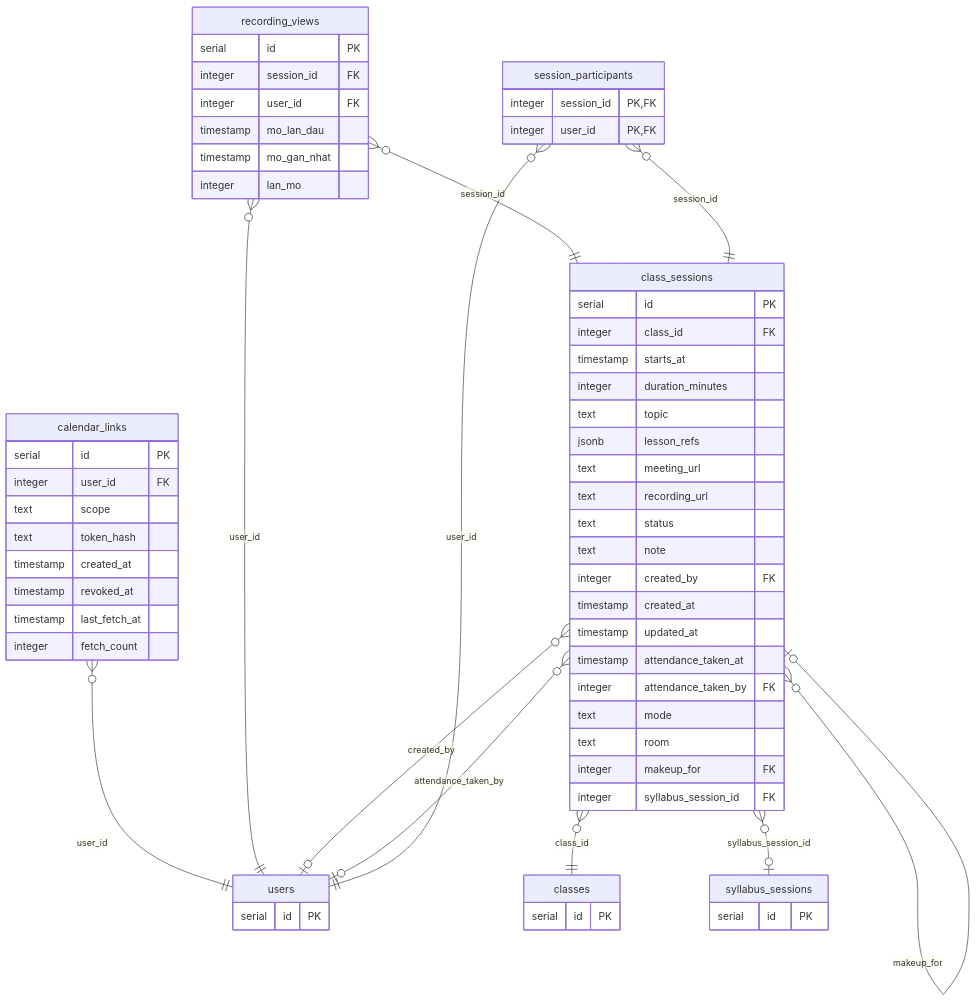
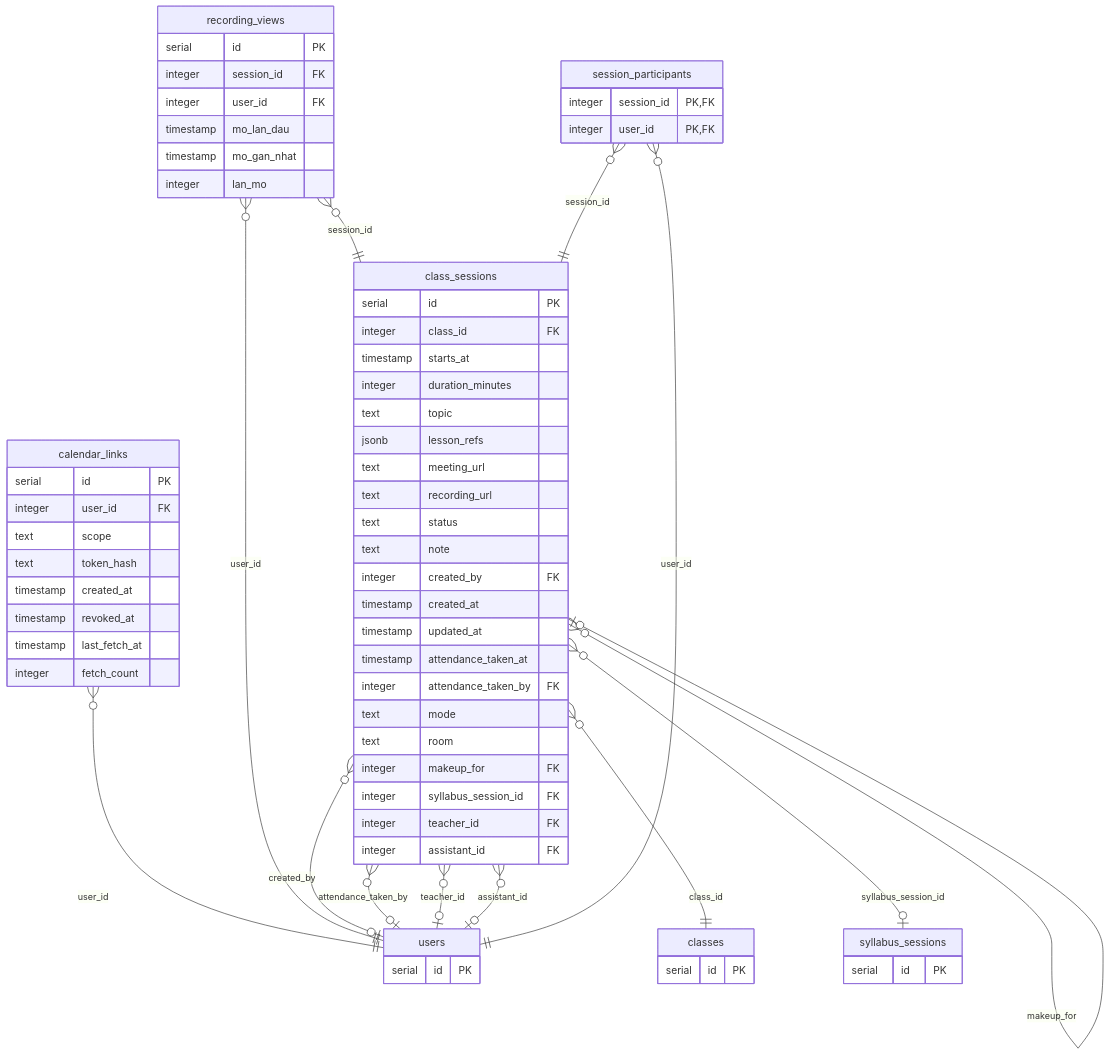
Before and after one commit to PCBoiz/PE_hsa: the second of 13 diagrams in docs/CAU_TRUC_DU_LIEU.md, drawn with Mermaid. The commit also changed other lines of this file and 13 other files, not shown here.

````diff
--- a/docs/CAU_TRUC_DU_LIEU.md
+++ b/docs/CAU_TRUC_DU_LIEU.md
@@ -262,65 +262,69 @@
 ```mermaid
 erDiagram
     calendar_links {
         serial id PK
         integer user_id FK
         text scope
         text token_hash
         timestamp created_at
         timestamp revoked_at
         timestamp last_fetch_at
         integer fetch_count
     }
     recording_views {
         serial id PK
         integer session_id FK
         integer user_id FK
         timestamp mo_lan_dau
         timestamp mo_gan_nhat
         integer lan_mo
     }
     class_sessions {
         serial id PK
         integer class_id FK
         timestamp starts_at
         integer duration_minutes
         text topic
         jsonb lesson_refs
         text meeting_url
         text recording_url
         text status
         text note
         integer created_by FK
         timestamp created_at
         timestamp updated_at
         timestamp attendance_taken_at
         integer attendance_taken_by FK
         text mode
         text room
         integer makeup_for FK
         integer syllabus_session_id FK
+        integer teacher_id FK
+        integer assistant_id FK
     }
     session_participants {
         integer session_id PK,FK
         integer user_id PK,FK
     }
     users {
         serial id PK
     }
     classes {
         serial id PK
     }
     syllabus_sessions {
         serial id PK
     }
     calendar_links }o--|| users : "user_id"
     recording_views }o--|| class_sessions : "session_id"
     recording_views }o--|| users : "user_id"
     class_sessions }o--|| classes : "class_id"
     class_sessions }o--o| users : "created_by"
     class_sessions }o--o| users : "attendance_taken_by"
     class_sessions }o--o| class_sessions : "makeup_for"
     class_sessions }o--o| syllabus_sessions : "syllabus_session_id"
+    class_sessions }o--o| users : "teacher_id"
+    class_sessions }o--o| users : "assistant_id"
     session_participants }o--|| class_sessions : "session_id"
     session_participants }o--|| users : "user_id"
 ```
````
